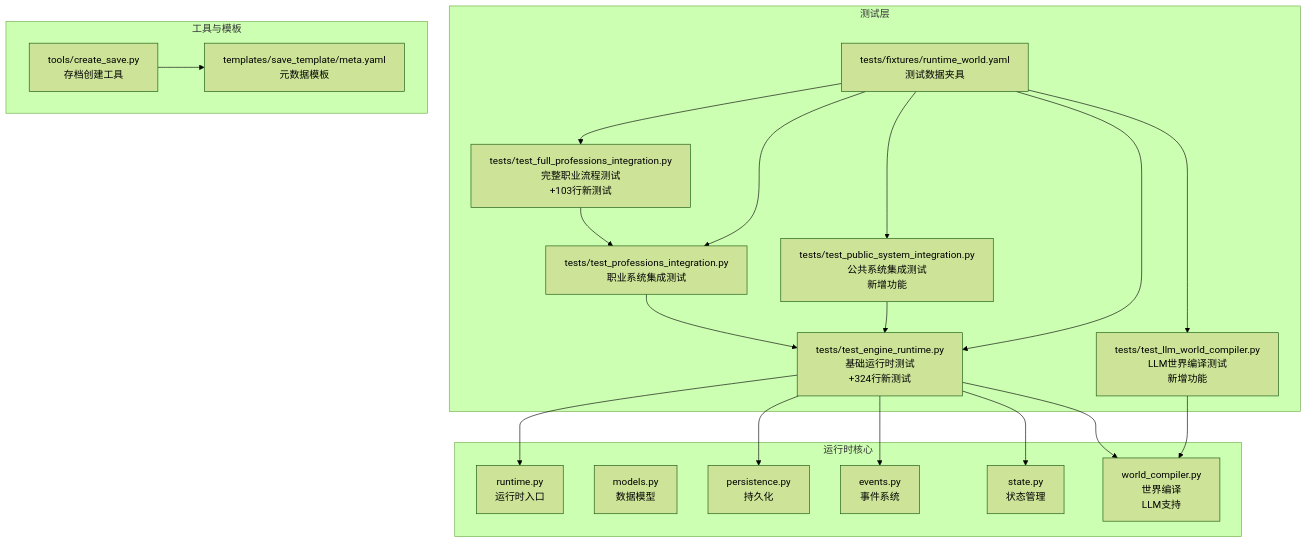
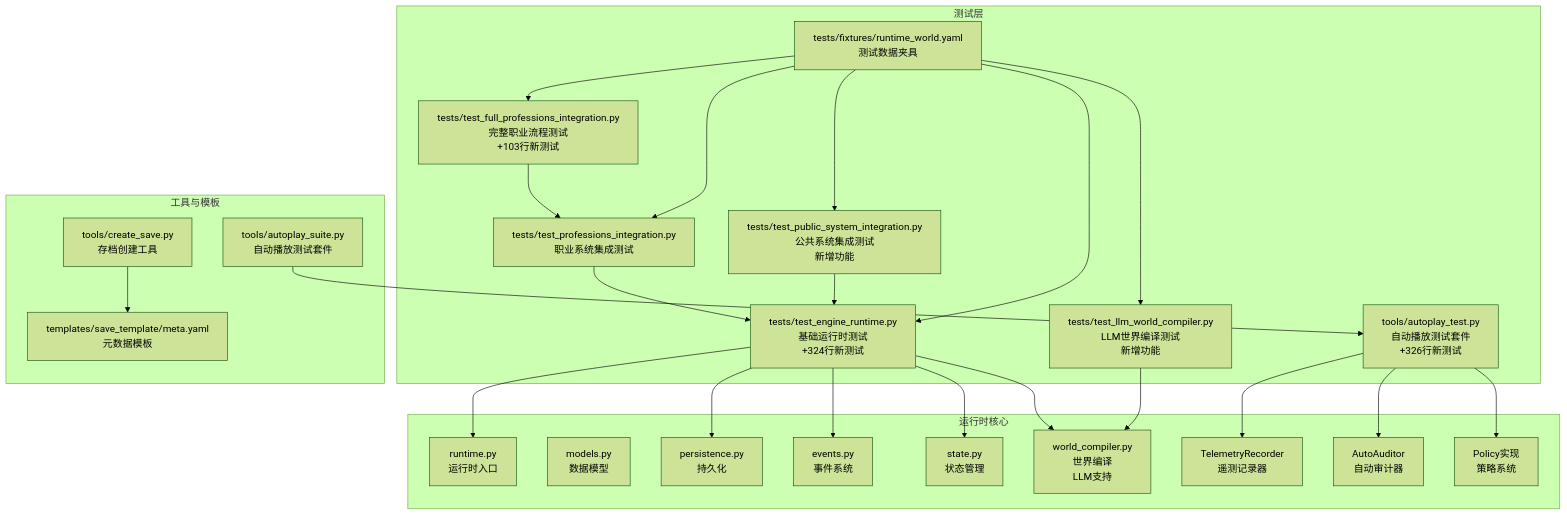
The first of 4 diagrams in .qoder/repowiki/zh/content/测试指南.md (Ivandanslespace/thegreatnovel), drawn with Mermaid (forest theme) before and after one commit. The commit also changed other lines of this file and 72 other files, not shown here.

````diff
--- a/.qoder/repowiki/zh/content/测试指南.md
+++ b/.qoder/repowiki/zh/content/测试指南.md
@@ -52,38 +55,47 @@
 ```mermaid
 graph TB
 subgraph "测试层"
 T1["tests/test_engine_runtime.py<br/>基础运行时测试<br/>+324行新测试"]
 T2["tests/test_llm_world_compiler.py<br/>LLM世界编译测试<br/>新增功能"]
 T3["tests/test_professions_integration.py<br/>职业系统集成测试"]
 T4["tests/test_full_professions_integration.py<br/>完整职业流程测试<br/>+103行新测试"]
 T5["tests/test_public_system_integration.py<br/>公共系统集成测试<br/>新增功能"]
+T6["tools/autoplay_test.py<br/>自动播放测试套件<br/>+326行新测试"]
 F1["tests/fixtures/runtime_world.yaml<br/>测试数据夹具"]
 end
 subgraph "运行时核心"
 R1["runtime.py<br/>运行时入口"]
 M1["models.py<br/>数据模型"]
 P1["persistence.py<br/>持久化"]
 E1["events.py<br/>事件系统"]
 S1["state.py<br/>状态管理"]
 W1["world_compiler.py<br/>世界编译<br/>LLM支持"]
+TR["TelemetryRecorder<br/>遥测记录器"]
+AA["AutoAuditor<br/>自动审计器"]
+POL["Policy实现<br/>策略系统"]
 end
 subgraph "工具与模板"
 TL1["tools/create_save.py<br/>存档创建工具"]
+TL2["tools/autoplay_suite.py<br/>自动播放测试套件"]
 TM1["templates/save_template/meta.yaml<br/>元数据模板"]
 end
 T1 --> R1
 T1 --> P1
 T1 --> E1
 T1 --> S1
 T1 --> W1
 T2 --> W1
 T3 --> T1
 T4 --> T3
 T5 --> T1
+T6 --> TR
+T6 --> AA
+T6 --> POL
 F1 --> T1
 F1 --> T2
 F1 --> T3
 F1 --> T4
 F1 --> T5
 TL1 --> TM1
+TL2 --> T6
 ```
````
